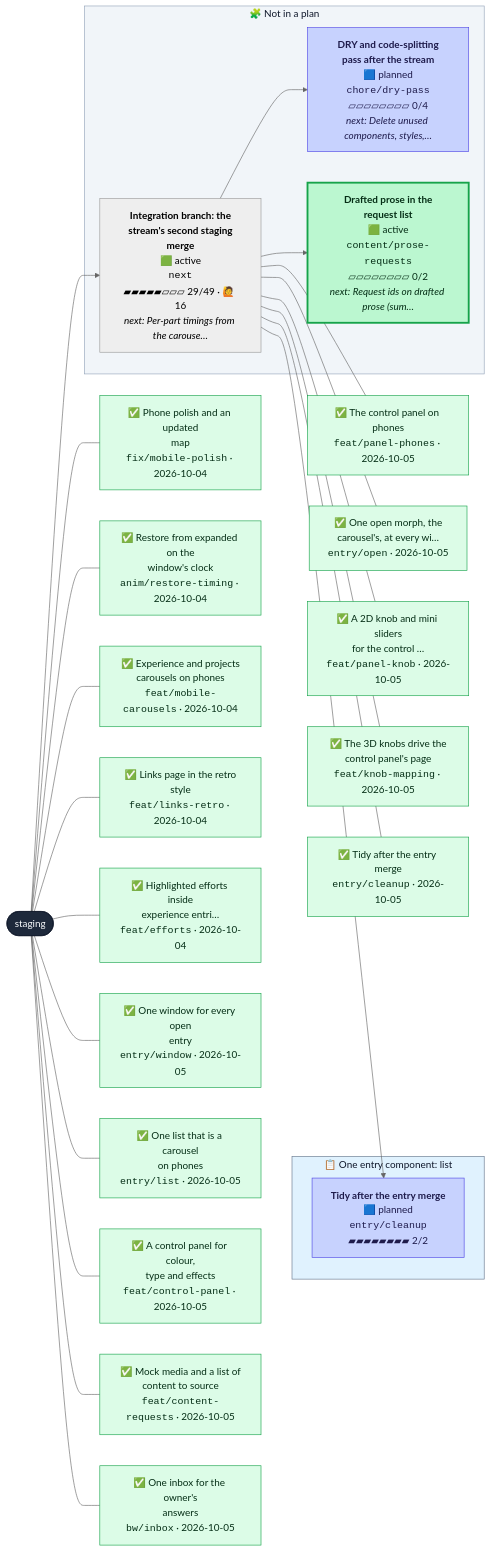
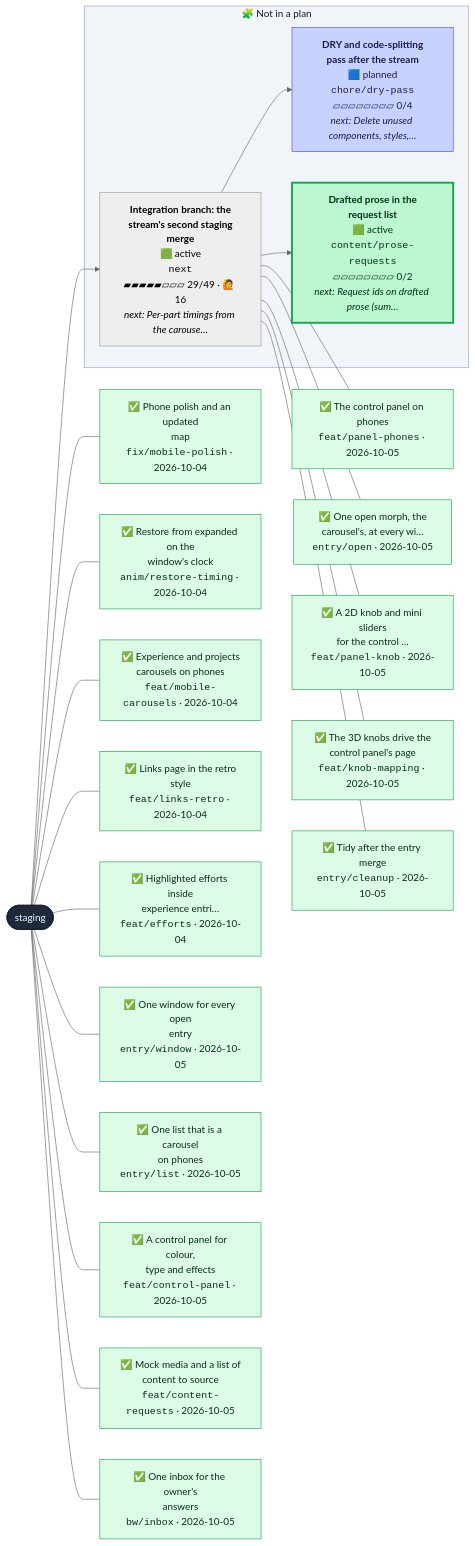
The second of 2 diagrams in CONTRIBUTING.md (henryjonescodes/portfolio), drawn with Mermaid (neutral theme) before and after one commit. The commit also changed other lines of this file and 1 other file, not shown here.

````diff
--- a/CONTRIBUTING.md
+++ b/CONTRIBUTING.md
@@ -69,77 +63,71 @@
 ```mermaid
 flowchart LR
   n_staging([staging])
   class n_staging trunk
-  subgraph plan_0["📋 One entry component: list"]
-    n_entry_cleanup["<b>Tidy after the entry merge</b><br/>🟦 planned<br/><code>entry/cleanup</code><br/>▰▰▰▰▰▰▰▰ 2/2"]
-    class n_entry_cleanup planned
-  end
-  style plan_0 fill:#e0f2fe,stroke:#64748b,color:#0f172a
   subgraph loose["🧩 Not in a plan"]
     n_chore_dry_pass["<b>DRY and code-splitting<br/>pass after the stream</b><br/>🟦 planned<br/><code>chore/dry-pass</code><br/>▱▱▱▱▱▱▱▱ 0/4<br/><i>next: Delete unused components, styles,…</i>"]
     class n_chore_dry_pass planned
     n_content_prose_requests["<b>Drafted prose in the<br/>request list</b><br/>🟩 active<br/><code>content/prose-requests</code><br/>▱▱▱▱▱▱▱▱ 0/2<br/><i>next: Request ids on drafted prose (sum…</i>"]
     class n_content_prose_requests active
     n_next["<b>Integration branch: the<br/>stream's second staging<br/>merge</b><br/>🟩 active<br/><code>next</code><br/>▰▰▰▰▰▱▱▱ 29/49 · 🙋 16<br/><i>next: Per-part timings from the carouse…</i>"]
     class n_next active,current
   end
   style loose fill:#f1f5f9,stroke:#94a3b8,color:#0f172a
   n_next --> n_chore_dry_pass
   n_next --> n_content_prose_requests
-  n_next --> n_entry_cleanup
   n_staging --> n_next
   landed_0["✅ Phone polish and an updated<br/>map<br/><code>fix/mobile-polish</code> · 2026-10-04"]
   class landed_0 merged
   n_staging --- landed_0
   landed_1["✅ Restore from expanded on the<br/>window's clock<br/><code>anim/restore-timing</code> · 2026-10-04"]
   class landed_1 merged
   n_staging --- landed_1
   landed_2["✅ Experience and projects<br/>carousels on phones<br/><code>feat/mobile-carousels</code> · 2026-10-04"]
   class landed_2 merged
   n_staging --- landed_2
   landed_3["✅ Links page in the retro<br/>style<br/><code>feat/links-retro</code> · 2026-10-04"]
   class landed_3 merged
   n_staging --- landed_3
   landed_4["✅ Highlighted efforts inside<br/>experience entri…<br/><code>feat/efforts</code> · 2026-10-04"]
   class landed_4 merged
   n_staging --- landed_4
   landed_5["✅ One window for every open<br/>entry<br/><code>entry/window</code> · 2026-10-05"]
   class landed_5 merged
   n_staging --- landed_5
   landed_6["✅ One list that is a carousel<br/>on phones<br/><code>entry/list</code> · 2026-10-05"]
   class landed_6 merged
   n_staging --- landed_6
   landed_7["✅ A control panel for colour,<br/>type and effects<br/><code>feat/control-panel</code> · 2026-10-05"]
   class landed_7 merged
   n_staging --- landed_7
   landed_8["✅ Mock media and a list of<br/>content to source<br/><code>feat/content-requests</code> · 2026-10-05"]
   class landed_8 merged
   n_staging --- landed_8
   landed_9["✅ One inbox for the owner's<br/>answers<br/><code>bw/inbox</code> · 2026-10-05"]
   class landed_9 merged
   n_staging --- landed_9
   landed_10["✅ The control panel on phones<br/><code>feat/panel-phones</code> · 2026-10-05"]
   class landed_10 merged
   n_next --- landed_10
   landed_11["✅ One open morph, the<br/>carousel's, at every wi…<br/><code>entry/open</code> · 2026-10-05"]
   class landed_11 merged
   n_next --- landed_11
   landed_12["✅ A 2D knob and mini sliders<br/>for the control …<br/><code>feat/panel-knob</code> · 2026-10-05"]
   class landed_12 merged
   n_next --- landed_12
   landed_13["✅ The 3D knobs drive the<br/>control panel's page<br/><code>feat/knob-mapping</code> · 2026-10-05"]
   class landed_13 merged
   n_next --- landed_13
   landed_14["✅ Tidy after the entry merge<br/><code>entry/cleanup</code> · 2026-10-05"]
   class landed_14 merged
   n_next --- landed_14
   classDef merged fill:#dcfce7,stroke:#16a34a,color:#052e16
   classDef todo fill:#ffffff,stroke:#94a3b8,stroke-dasharray:2 2,color:#334155
   classDef planned fill:#c7d2fe,stroke:#4f46e5,color:#1e1b4b
   classDef sketched fill:#f8fafc,stroke:#64748b,stroke-dasharray:4 3,color:#334155
   classDef active fill:#bbf7d0,stroke:#16a34a,stroke-width:3px,color:#052e16
   classDef review fill:#fde68a,stroke:#d97706,stroke-width:3px,color:#451a03
   classDef blocked fill:#fecaca,stroke:#dc2626,stroke-width:3px,color:#450a0a
   classDef trunk fill:#1e293b,stroke:#0f172a,color:#f8fafc
   classDef current stroke:#0ea5e9,stroke-width:5px
 ```
````
